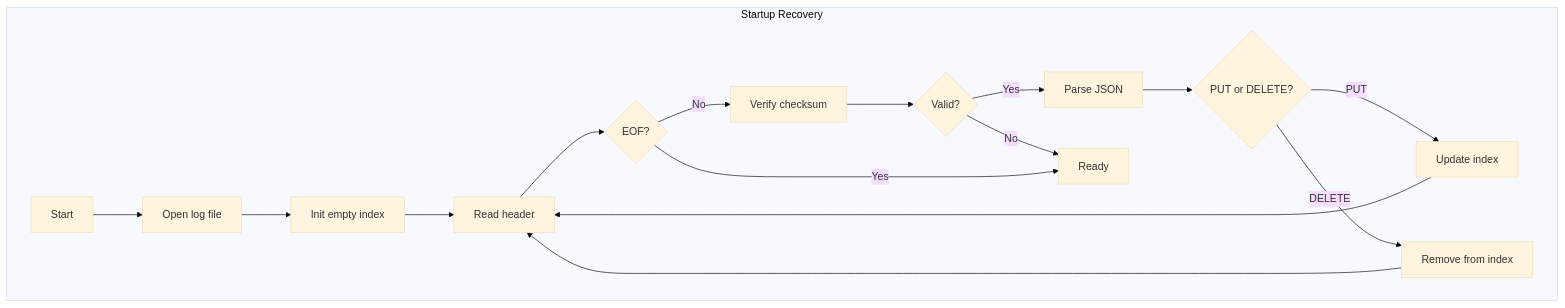
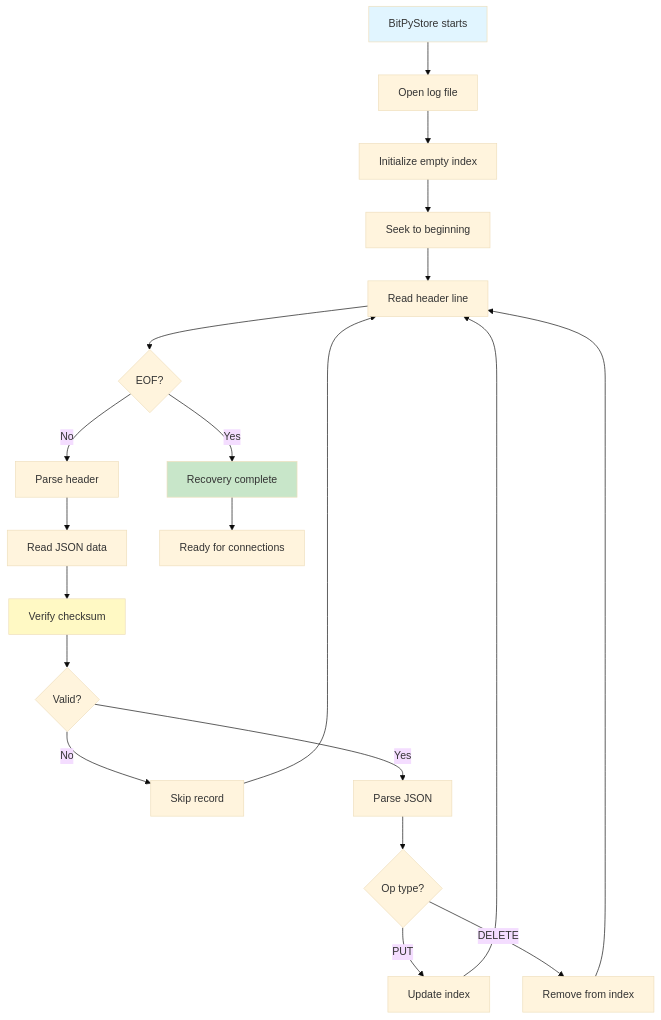
The fifth of 5 diagrams in README.md (SurajAkhuli/BitPyStore), drawn with Mermaid (base theme) before and after one commit. The commit also changed other lines of this file, not shown here.

````diff
--- a/README.md
+++ b/README.md
@@ -407,32 +342,26 @@
 ```mermaid
-graph TD
-    subgraph "Startup Recovery"
-        S1[Start]
-        S2[Open log file]
-        S3[Init empty index]
-        S4[Read header]
-        S5{EOF?}
-        S6[Verify checksum]
-        S7{Valid?}
-        S8[Parse JSON]
-        S9{PUT or DELETE?}
-        S10[Update index]
-        S11[Remove from index]
-        S12[Ready]
-        
-        S1 --> S2
-        S2 --> S3
-        S3 --> S4
-        S4 --> S5
-        S5 -->|No| S6
-        S6 --> S7
-        S7 -->|Yes| S8
-        S8 --> S9
-        S9 -->|PUT| S10
-        S9 -->|DELETE| S11
-        S10 --> S4
-        S11 --> S4
-        S7 -->|No| S12
-        S5 -->|Yes| S12
-    end
+flowchart TD
+    A[BitPyStore starts] --> B[Open log file]
+    B --> C[Initialize empty index]
+    C --> D[Seek to beginning]
+    D --> E[Read header line]
+    E --> F{EOF?}
+    F -->|Yes| G[Recovery complete]
+    F -->|No| H[Parse header]
+    H --> I[Read JSON data]
+    I --> J[Verify checksum]
+    J --> K{Valid?}
+    K -->|No| L[Skip record]
+    K -->|Yes| M[Parse JSON]
+    M --> N{Op type?}
+    N -->|PUT| O[Update index]
+    N -->|DELETE| P[Remove from index]
+    O --> E
+    P --> E
+    L --> E
+    G --> Q[Ready for connections]
+    
+    style A fill:#e1f5ff
+    style G fill:#c8e6c9
+    style J fill:#fff9c4
 ```
````
